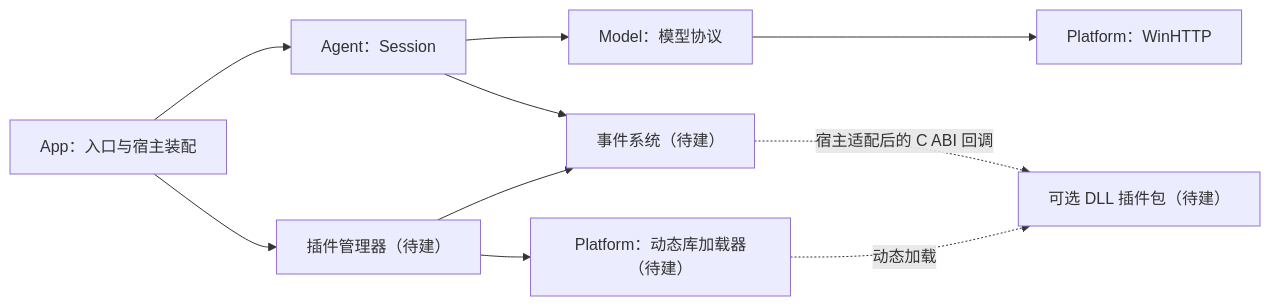
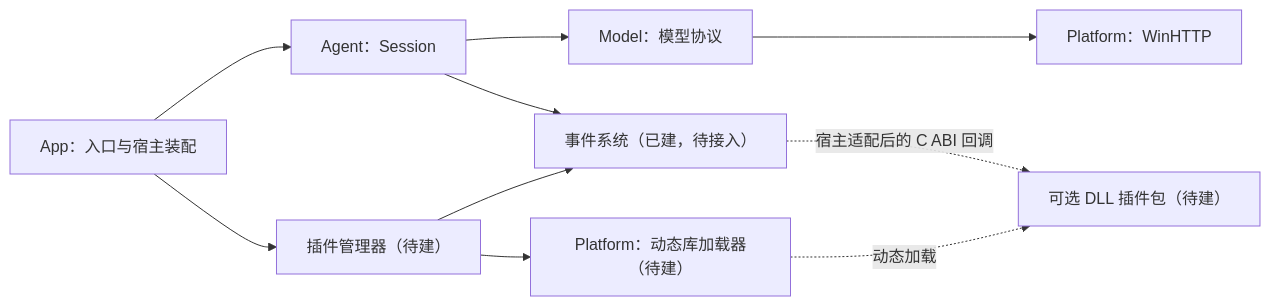
One commit to AuraKaliya/DaFeiYu- changed the diagram in docs/foundation-development-guide.md. Above: the diagram before and after it, drawn with Mermaid. The commit also changed other lines of this file and 7 other files, not shown here.

````diff
--- a/docs/foundation-development-guide.md
+++ b/docs/foundation-development-guide.md
@@ -41,12 +44,12 @@
 ```mermaid
 flowchart LR
     App["App：入口与宿主装配"] --> Agent["Agent：Session"]
     Agent --> Model["Model：模型协议"]
     Model --> HTTP["Platform：WinHTTP"]
     App --> Manager["插件管理器（待建）"]
-    Agent --> Events["事件系统（待建）"]
+    Agent --> Events["事件系统（已建，待接入）"]
     Manager --> Events
     Manager --> Loader["Platform：动态库加载器（待建）"]
     Loader -. "动态加载" .-> Plugin["可选 DLL 插件包（待建）"]
     Events -. "宿主适配后的 C ABI 回调" .-> Plugin
 ```
````
